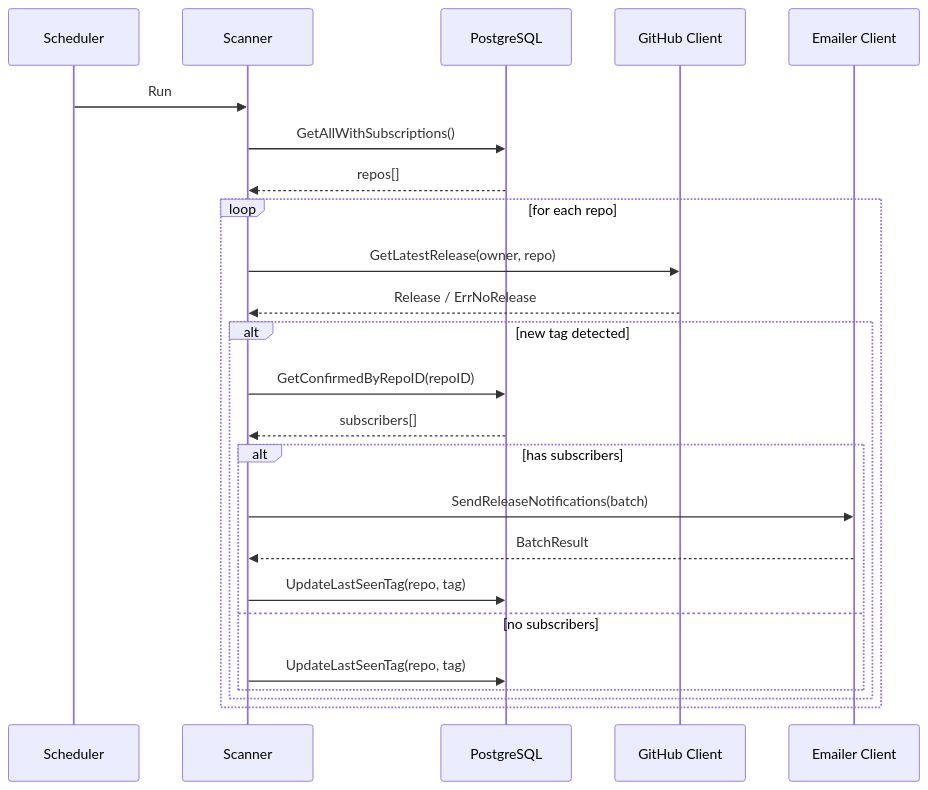
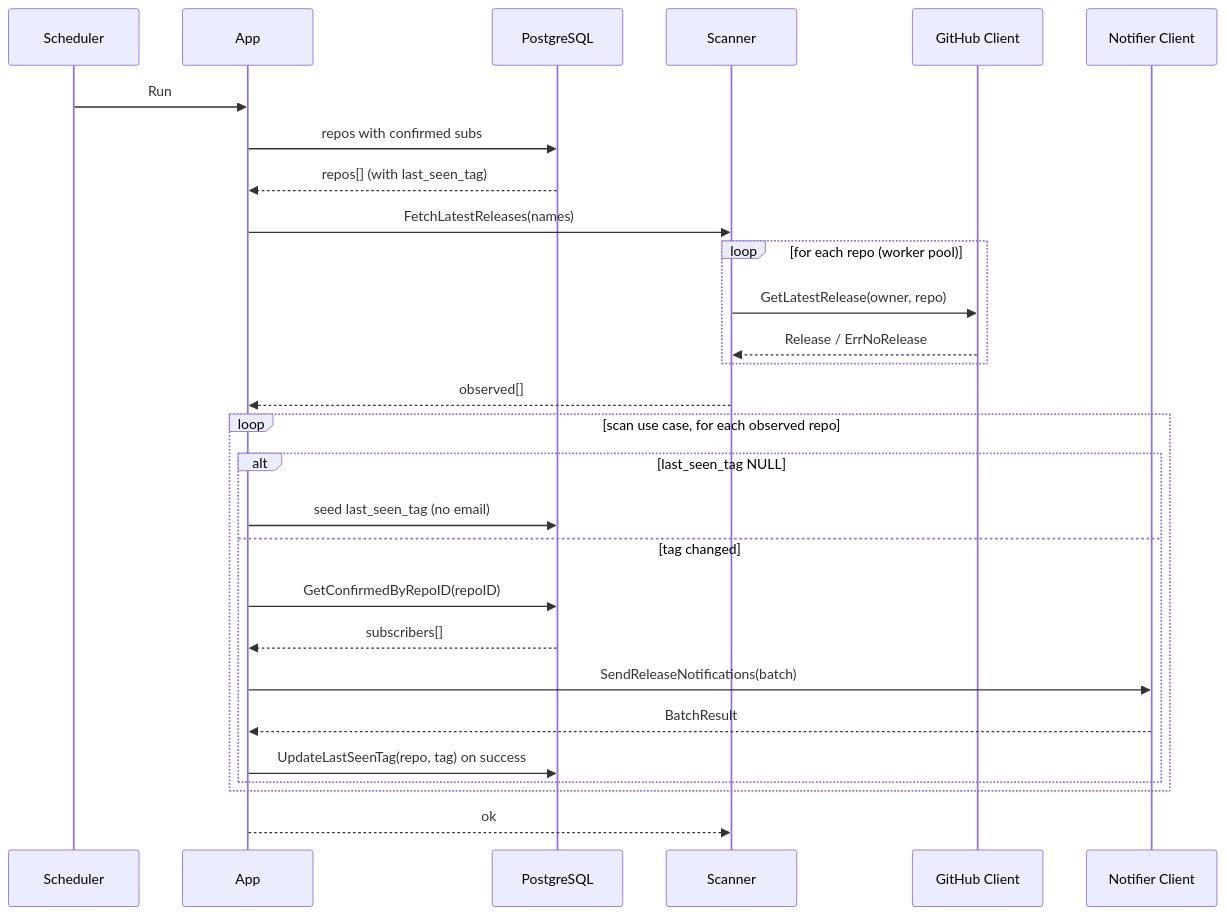
The third of 4 diagrams in docs/sdd.md (GenesisEducationKyiv/software-engineering-school-6-0-mzabrodin), drawn with Mermaid before and after one commit. The commit also changed other lines of this file, not shown here.

Commit message:
refactor(docs): update SDD to reflect scanner extraction and clarify architecture of subscription app

````diff
--- a/docs/sdd.md
+++ b/docs/sdd.md
@@ -166,26 +179,30 @@
 ```mermaid
 sequenceDiagram
     participant Scheduler
-    participant Scanner
+    participant App as App
     participant DB as PostgreSQL
+    participant Scanner as Scanner
     participant GH as GitHub Client
-    participant EC as Emailer Client
-    Scheduler ->> Scanner: Run
-    Scanner ->> DB: GetAllWithSubscriptions()
-    DB -->> Scanner: repos[]
-    loop for each repo
+    participant EC as Notifier Client
+    Scheduler ->> App: Run
+    App ->> DB: repos with confirmed subs
+    DB -->> App: repos[] (with last_seen_tag)
+    App ->> Scanner: FetchLatestReleases(names)
+    loop for each repo (worker pool)
         Scanner ->> GH: GetLatestRelease(owner, repo)
         GH -->> Scanner: Release / ErrNoRelease
-        alt new tag detected
-            Scanner ->> DB: GetConfirmedByRepoID(repoID)
-            DB -->> Scanner: subscribers[]
-            alt has subscribers
-                Scanner ->> EC: SendReleaseNotifications(batch)
-                EC -->> Scanner: BatchResult
-                Scanner ->> DB: UpdateLastSeenTag(repo, tag)
-            else no subscribers
-                Scanner ->> DB: UpdateLastSeenTag(repo, tag)
-            end
+    end
+    Scanner -->> App: observed[]
+    loop scan use case, for each observed repo
+        alt last_seen_tag NULL
+            App ->> DB: seed last_seen_tag (no email)
+        else tag changed
+            App ->> DB: GetConfirmedByRepoID(repoID)
+            DB -->> App: subscribers[]
+            App ->> EC: SendReleaseNotifications(batch)
+            EC -->> App: BatchResult
+            App ->> DB: UpdateLastSeenTag(repo, tag) on success
         end
     end
+    App -->> Scanner: ok
 ```
````
